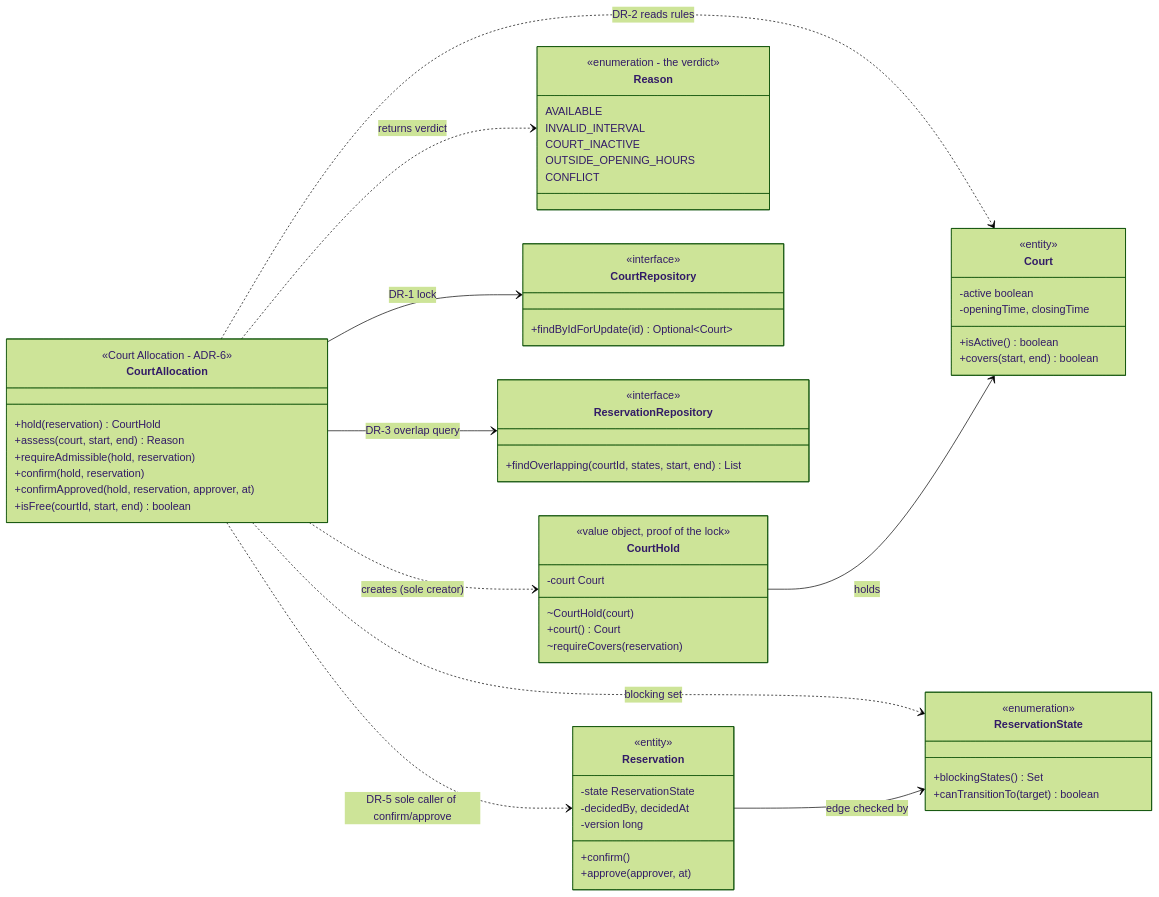
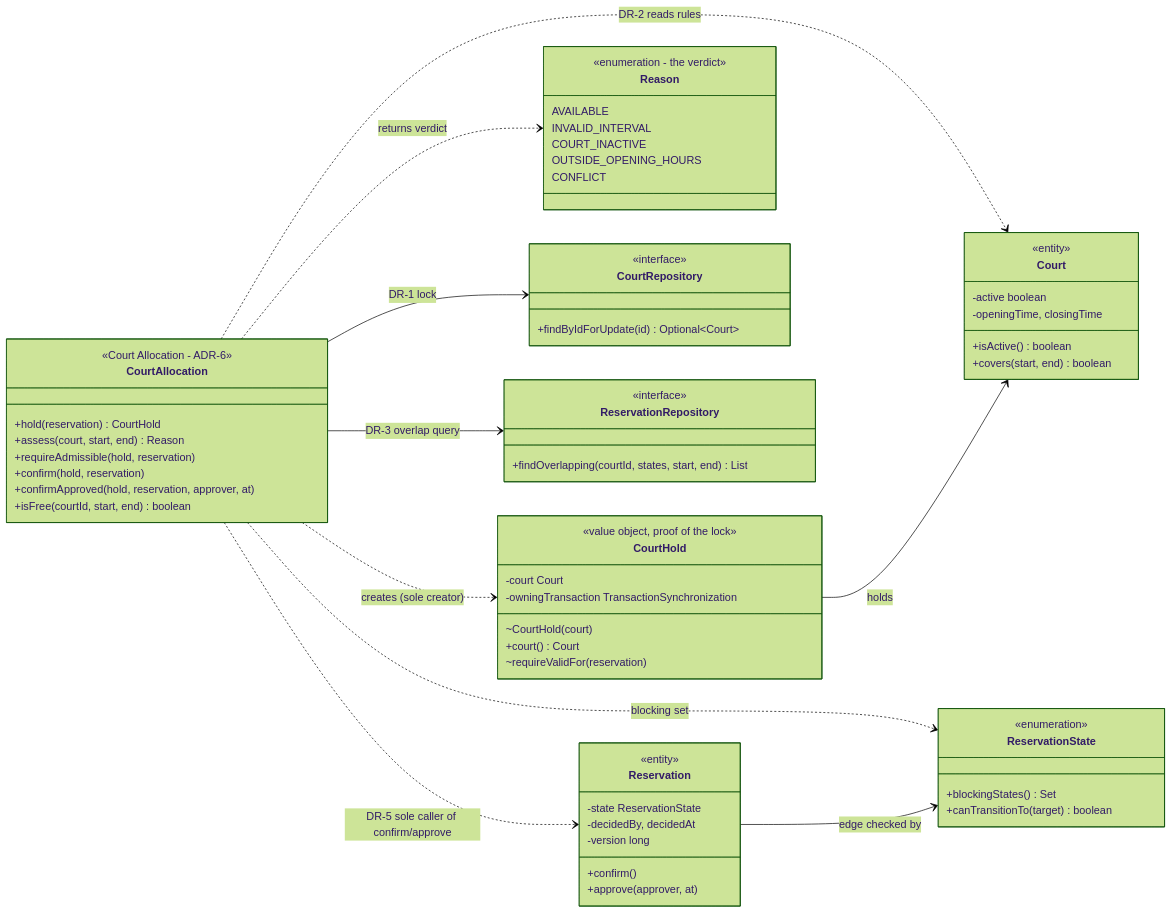
One commit to tewyss/Reservation-System-SWI changed the second of 3 diagrams in docs/architecture-and-decisions.md. Above: the diagram before and after it, drawn with Mermaid (forest theme). The commit also changed other lines of this file and 4 other files, not shown here.

````diff
--- a/docs/architecture-and-decisions.md
+++ b/docs/architecture-and-decisions.md
@@ -407,66 +407,67 @@
 ```mermaid
 classDiagram
   direction LR
   class CourtAllocation {
     <<Court Allocation - ADR-6>>
     +hold(reservation) CourtHold
     +assess(court, start, end) Reason
     +requireAdmissible(hold, reservation)
     +confirm(hold, reservation)
     +confirmApproved(hold, reservation, approver, at)
     +isFree(courtId, start, end) boolean
   }
   class CourtHold {
     <<value object, proof of the lock>>
     -court Court
+    -owningTransaction TransactionSynchronization
     ~CourtHold(court)
     +court() Court
-    ~requireCovers(reservation)
+    ~requireValidFor(reservation)
   }
   class Reason {
     <<enumeration - the verdict>>
     AVAILABLE
     INVALID_INTERVAL
     COURT_INACTIVE
     OUTSIDE_OPENING_HOURS
     CONFLICT
   }
   class CourtRepository {
     <<interface>>
     +findByIdForUpdate(id) Optional~Court~
   }
   class ReservationRepository {
     <<interface>>
     +findOverlapping(courtId, states, start, end) List
   }
   class Court {
     <<entity>>
     -active boolean
     -openingTime, closingTime
     +isActive() boolean
     +covers(start, end) boolean
   }
   class Reservation {
     <<entity>>
     -state ReservationState
     -decidedBy, decidedAt
     -version long
     +confirm()
     +approve(approver, at)
   }
   class ReservationState {
     <<enumeration>>
     +blockingStates() Set
     +canTransitionTo(target) boolean
   }
 
   CourtAllocation ..> CourtHold : creates (sole creator)
   CourtAllocation ..> Reason : returns verdict
   CourtAllocation --> CourtRepository : DR-1 lock
   CourtAllocation --> ReservationRepository : DR-3 overlap query
   CourtAllocation ..> Court : DR-2 reads rules
   CourtAllocation ..> Reservation : DR-5 sole caller of confirm/approve
   CourtAllocation ..> ReservationState : blocking set
   CourtHold --> Court : holds
   Reservation --> ReservationState : edge checked by
 ```
````
